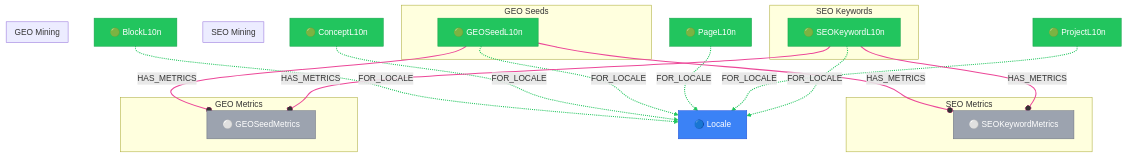
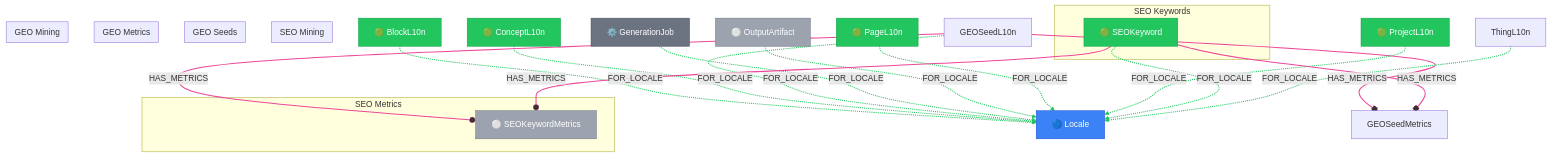
The diagram in packages/core/models/docs/shared-layer.md (supernovae-st/novanet), drawn with Mermaid before and after one commit. The commit also changed other lines of this file and 98 other files, not shown here.

First line of the commit message:
feat(schema): v10.1 GEO removal + locale knowledge atoms

````diff
--- a/packages/core/models/docs/shared-layer.md
+++ b/packages/core/models/docs/shared-layer.md
@@ -34,68 +34,71 @@
 ```mermaid
 flowchart TB
   %% View: Shared Layer (shared-layer)
-  %% 9 nodes, 10 edges
+  %% 9 nodes, 13 edges
 
-  %% Trait styling (locale_behavior)
+  %% Trait styling (node_trait)
   classDef invariant fill:#3b82f6,stroke:#1d4ed8,color:#fff
   classDef localized fill:#22c55e,stroke:#16a34a,color:#fff
   classDef knowledge fill:#8b5cf6,stroke:#7c3aed,color:#fff
   classDef derived fill:#9ca3af,stroke:#6b7280,color:#fff
   classDef job fill:#6b7280,stroke:#4b5563,color:#fff
 
   subgraph SEO_KEYWORDS["SEO Keywords"]
-    SEOKeywordL10n["🟢 SEOKeywordL10n"]
+    SEOKeyword["🟢 SEOKeyword"]
   end
 
   subgraph SEO_METRICS["SEO Metrics"]
     SEOKeywordMetrics["⚪ SEOKeywordMetrics"]
   end
 
   subgraph SEO_MINING["SEO Mining"]
   end
 
   subgraph GEO_SEEDS["GEO Seeds"]
-    GEOSeedL10n["🟢 GEOSeedL10n"]
   end
 
   subgraph GEO_METRICS["GEO Metrics"]
-    GEOSeedMetrics["⚪ GEOSeedMetrics"]
   end
 
   subgraph GEO_MINING["GEO Mining"]
   end
 
   %% Additional reachable nodes
   BlockL10n["🟢 BlockL10n"]
   ConceptL10n["🟢 ConceptL10n"]
+  GenerationJob["⚙️ GenerationJob"]
   Locale["🔵 Locale"]
+  OutputArtifact["⚪ OutputArtifact"]
   PageL10n["🟢 PageL10n"]
   ProjectL10n["🟢 ProjectL10n"]
 
-  %% Relationships (styled by edge family)
+  %% Relationships (styled by arc family)
   BlockL10n -.->|FOR_LOCALE| Locale
   ConceptL10n -.->|FOR_LOCALE| Locale
   GEOSeedL10n -.->|FOR_LOCALE| Locale
   GEOSeedL10n --o|HAS_METRICS| GEOSeedMetrics
   GEOSeedL10n --o|HAS_METRICS| SEOKeywordMetrics
+  GenerationJob -.->|FOR_LOCALE| Locale
+  OutputArtifact -.->|FOR_LOCALE| Locale
   PageL10n -.->|FOR_LOCALE| Locale
   ProjectL10n -.->|FOR_LOCALE| Locale
-  SEOKeywordL10n -.->|FOR_LOCALE| Locale
-  SEOKeywordL10n --o|HAS_METRICS| GEOSeedMetrics
-  SEOKeywordL10n --o|HAS_METRICS| SEOKeywordMetrics
+  SEOKeyword -.->|FOR_LOCALE| Locale
+  SEOKeyword --o|HAS_METRICS| GEOSeedMetrics
+  SEOKeyword --o|HAS_METRICS| SEOKeywordMetrics
+  ThingL10n -.->|FOR_LOCALE| Locale
 
   %% Edge colors by family
-  linkStyle 0,1,2,5,6,7 stroke:#22c55e,stroke-width:2px
-  linkStyle 3,4,8,9 stroke:#ec4899,stroke-width:2px
+  linkStyle 0,1,2,5,6,7,8,9,12 stroke:#22c55e,stroke-width:2px
+  linkStyle 3,4,10,11 stroke:#ec4899,stroke-width:2px
 
   %% Class assignments
   class BlockL10n localized
   class ConceptL10n localized
-  class GEOSeedL10n localized
-  class GEOSeedMetrics derived
+  class GenerationJob job
   class Locale invariant
+  class OutputArtifact derived
   class PageL10n localized
   class ProjectL10n localized
-  class SEOKeywordL10n localized
+  class SEOKeyword localized
   class SEOKeywordMetrics derived
 ```
````
